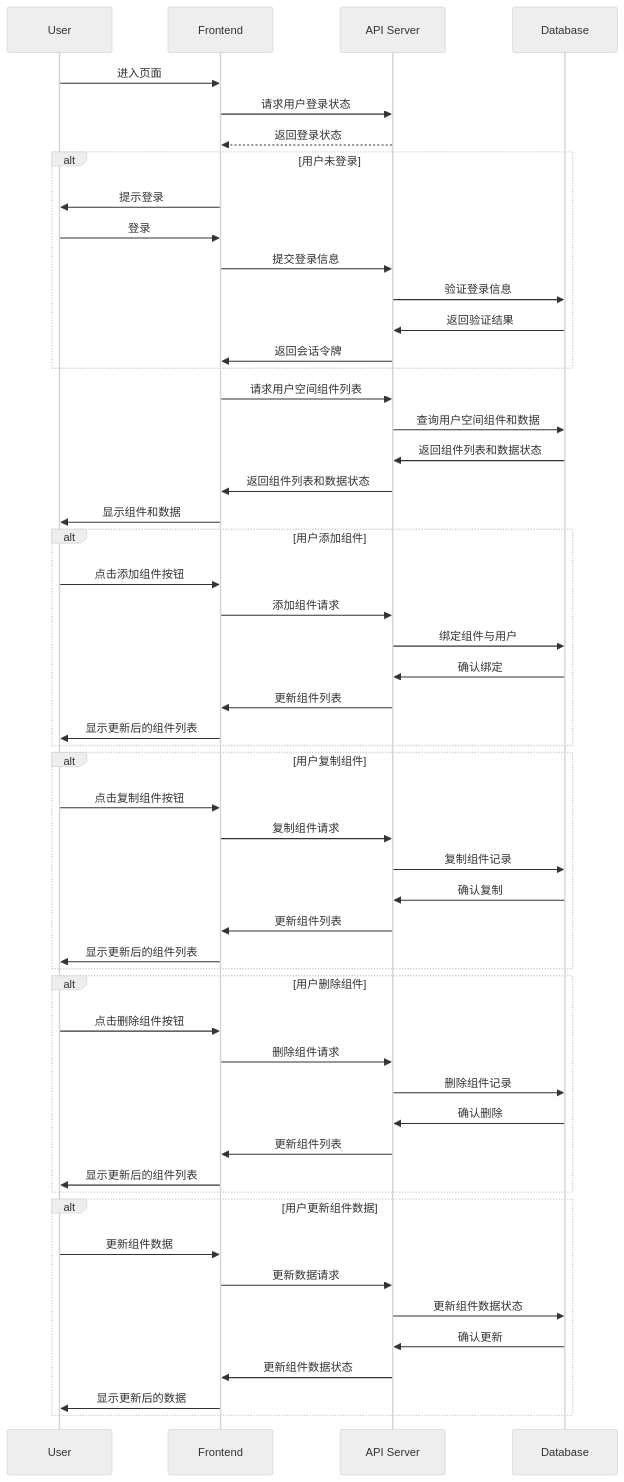
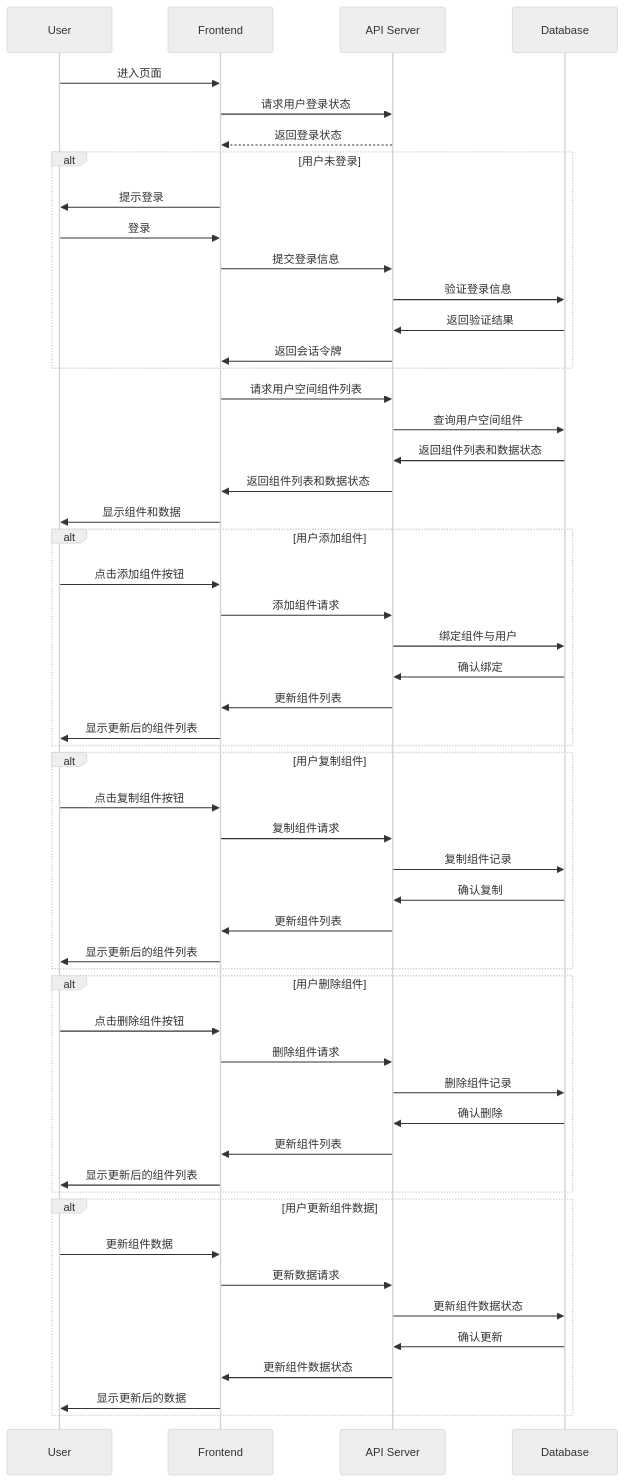
One commit to yingjianzh/iodraw-files changed the diagram in all/未命名-7.md. Above: the diagram before and after it, drawn with Mermaid (neutral theme).

Commit message:
2024-10-09 10:19:09 update

````diff
--- a/all/未命名-7.md
+++ b/all/未命名-7.md
@@ -1,62 +1,62 @@
 ```mermaid
 sequenceDiagram
     participant User
     participant Frontend
     participant API Server
     participant Database
 
     User->>Frontend: 进入页面
     Frontend->>API Server: 请求用户登录状态
     API Server-->>Frontend: 返回登录状态
     alt 用户未登录
         Frontend->>User: 提示登录
         User->>Frontend: 登录
         Frontend->>API Server: 提交登录信息
         API Server->>Database: 验证登录信息
         Database->>API Server: 返回验证结果
         API Server->>Frontend: 返回会话令牌
     end
 
     Frontend->>API Server: 请求用户空间组件列表
-    API Server->>Database: 查询用户空间组件和数据
+    API Server->>Database: 查询用户空间组件
     Database->>API Server: 返回组件列表和数据状态
     API Server->>Frontend: 返回组件列表和数据状态
     Frontend->>User: 显示组件和数据
 
     alt 用户添加组件
         User->>Frontend: 点击添加组件按钮
         Frontend->>API Server: 添加组件请求
         API Server->>Database: 绑定组件与用户
         Database->>API Server: 确认绑定
         API Server->>Frontend: 更新组件列表
         Frontend->>User: 显示更新后的组件列表
     end
 
     alt 用户复制组件
         User->>Frontend: 点击复制组件按钮
         Frontend->>API Server: 复制组件请求
         API Server->>Database: 复制组件记录
         Database->>API Server: 确认复制
         API Server->>Frontend: 更新组件列表
         Frontend->>User: 显示更新后的组件列表
     end
 
     alt 用户删除组件
         User->>Frontend: 点击删除组件按钮
         Frontend->>API Server: 删除组件请求
         API Server->>Database: 删除组件记录
         Database->>API Server: 确认删除
         API Server->>Frontend: 更新组件列表
         Frontend->>User: 显示更新后的组件列表
     end
 
     alt 用户更新组件数据
         User->>Frontend: 更新组件数据
         Frontend->>API Server: 更新数据请求
         API Server->>Database: 更新组件数据状态
         Database->>API Server: 确认更新
         API Server->>Frontend: 更新组件数据状态
         Frontend->>User: 显示更新后的数据
     end
 
 ```
````
